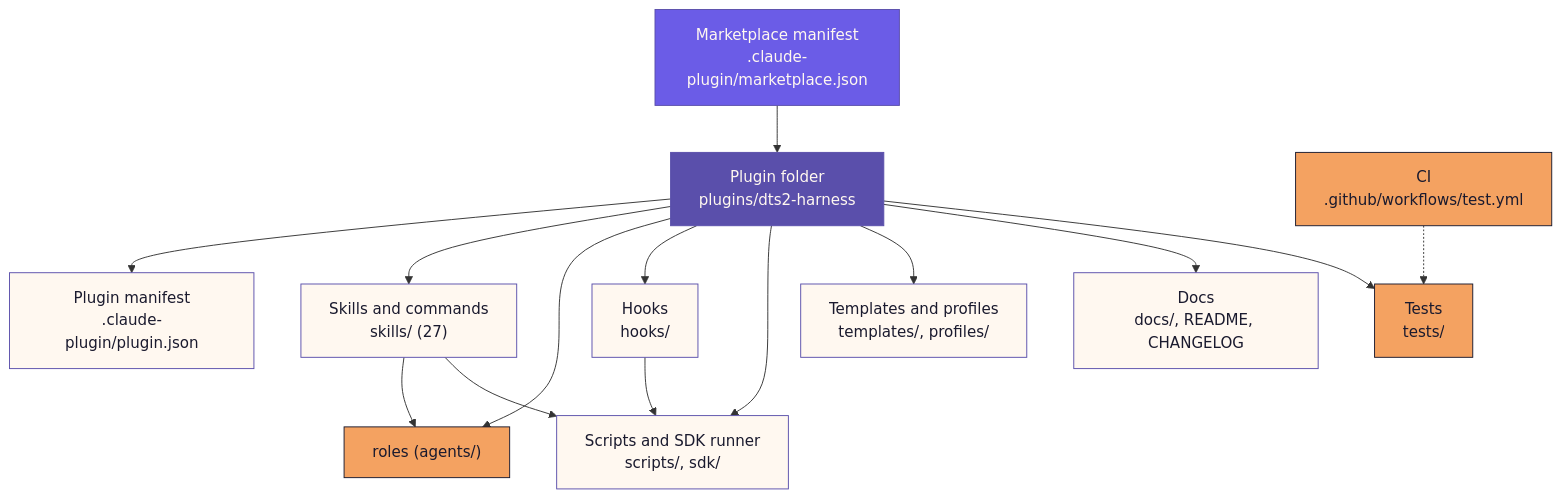
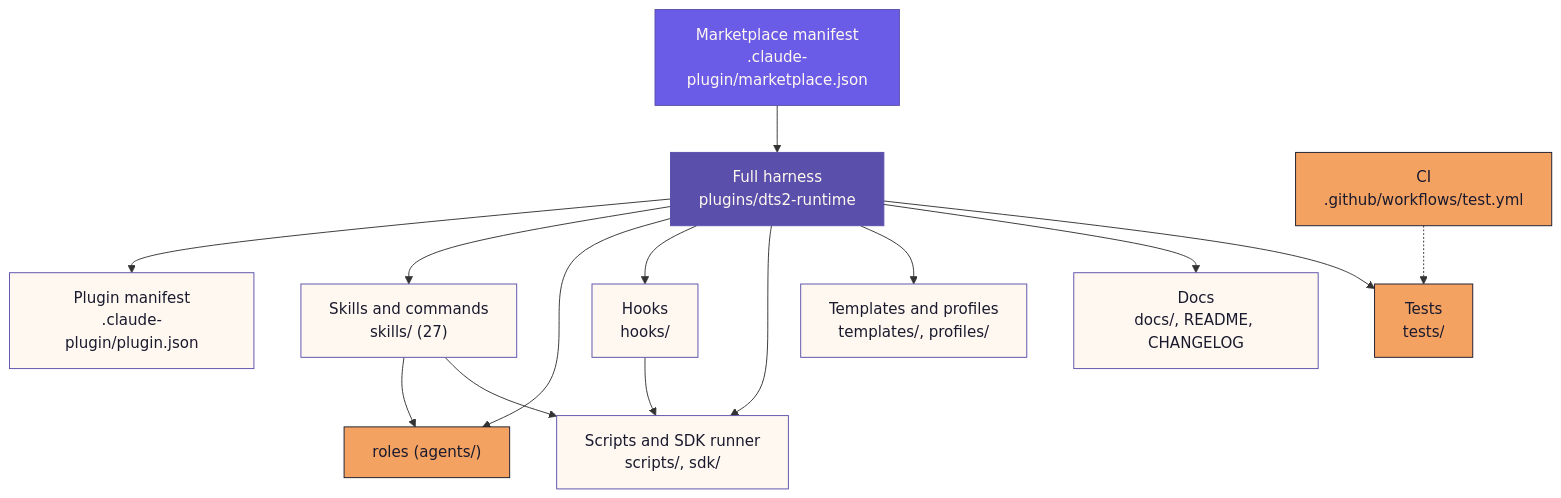
The diagram in README.md (Dobeu-tech-eco/dts2-marketplace), drawn with Mermaid before and after one commit. The commit also changed other lines of this file and 606 other files, not shown here.

````diff
--- a/README.md
+++ b/README.md
@@ -60,25 +60,25 @@
 ```mermaid
 flowchart TD
-    M["Marketplace manifest<br/>.claude-plugin/marketplace.json"] --> P["Plugin folder<br/>plugins/dts2-harness"]
+    M["Marketplace manifest<br/>.claude-plugin/marketplace.json"] --> P["Full harness<br/>plugins/dts2-runtime"]
     P --> PJ["Plugin manifest<br/>.claude-plugin/plugin.json"]
     P --> SK["Skills and commands<br/>skills/ (27)"]
     P --> AG["roles (agents/)"]
     P --> HK["Hooks<br/>hooks/"]
     P --> SC["Scripts and SDK runner<br/>scripts/, sdk/"]
     P --> TP["Templates and profiles<br/>templates/, profiles/"]
     P --> DC["Docs<br/>docs/, README, CHANGELOG"]
     P --> TS["Tests<br/>tests/"]
     CI["CI<br/>.github/workflows/test.yml"] -.-> TS
     SK --> AG
     SK --> SC
     HK --> SC
 
     classDef brand fill:#6B5CE7,stroke:#5A4FAB,color:#FFF8F0
     classDef plugin fill:#5A4FAB,stroke:#5A4FAB,color:#FFF8F0
     classDef part fill:#FFF8F0,stroke:#5A4FAB,color:#1A1A2E
     classDef accent fill:#F4A261,stroke:#1A1A2E,color:#1A1A2E
     class M brand
     class P plugin
     class PJ,SK,HK,SC,TP,DC part
     class AG,TS,CI accent
 ```
````
